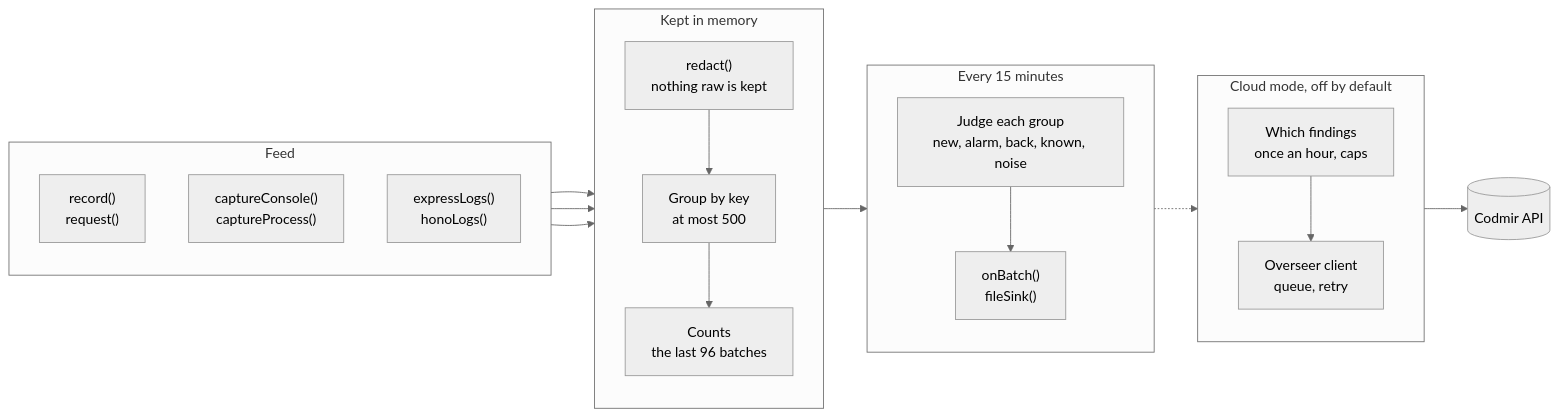
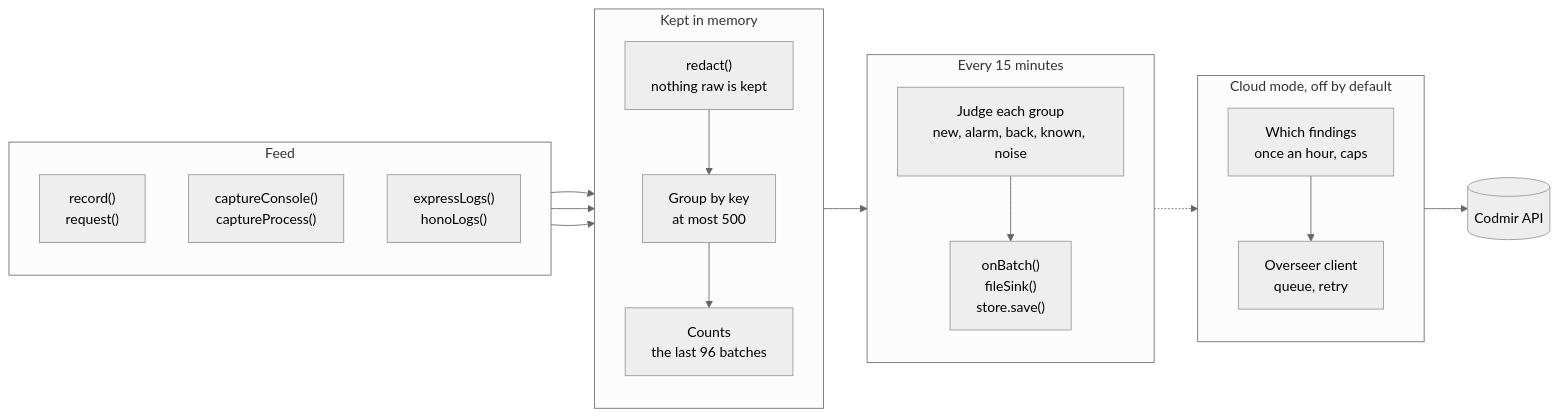
Before and after one commit to codmir-labs/sdk: the third of 3 diagrams in README.md, drawn with Mermaid (neutral theme). The commit also changed other lines of this file and 8 other files, not shown here.

````diff
--- a/README.md
+++ b/README.md
@@ -963,29 +963,29 @@
 ```mermaid
 flowchart LR
     subgraph feed["Feed"]
         direction TB
         F1["record()<br/>request()"]
         F2["captureConsole()<br/>captureProcess()"]
         F3["expressLogs()<br/>honoLogs()"]
     end
     subgraph keep["Kept in memory"]
         direction TB
         K1["redact()<br/>nothing raw is kept"]
         K2["Group by key<br/>at most 500"]
         K3["Counts<br/>the last 96 batches"]
     end
     subgraph judge["Every 15 minutes"]
         direction TB
         J1["Judge each group<br/>new, alarm, back, known, noise"]
-        J2["onBatch()<br/>fileSink()"]
+        J2["onBatch()<br/>fileSink()<br/>store.save()"]
     end
     subgraph cloud["Cloud mode, off by default"]
         direction TB
         C1["Which findings<br/>once an hour, caps"]
         C2["Overseer client<br/>queue, retry"]
     end
     API[("Codmir API")]
 
     F1 & F2 & F3 --> K1 --> K2 --> K3 --> J1 --> J2
     J1 -.-> C1 --> C2 --> API
 ```
````
